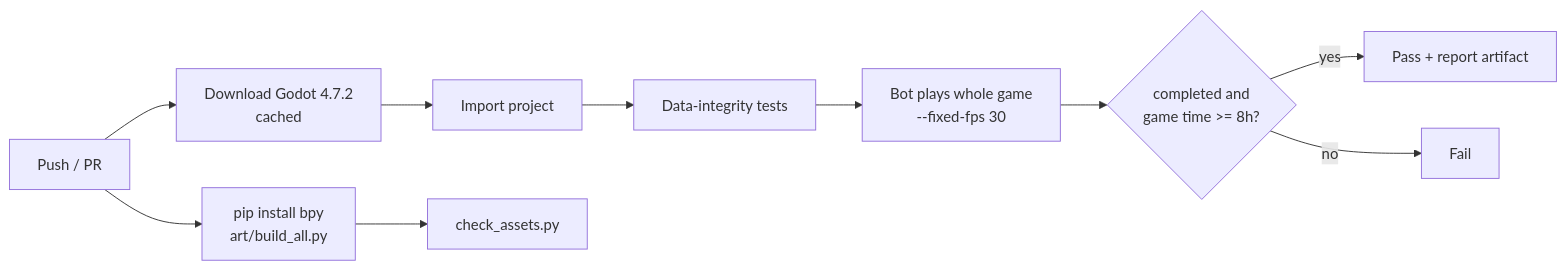
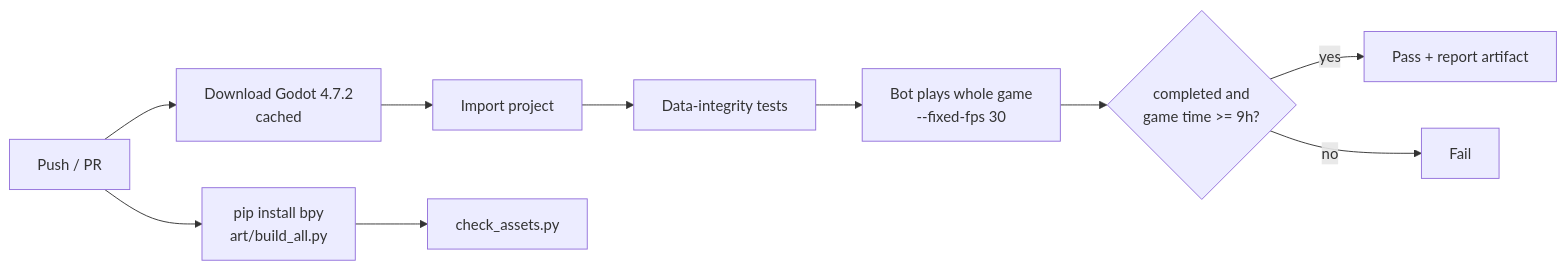
Before and after one commit to jgyy/timegox: diagram 15 of 15 in README.md, drawn with Mermaid. The commit also changed other lines of this file and 231 other files, not shown here.

````diff
--- a/README.md
+++ b/README.md
@@ -693,11 +841,11 @@
 ```mermaid
 flowchart LR
     PR[Push / PR] --> DL[Download Godot 4.7.2<br/>cached]
     DL --> IMP[Import project]
     IMP --> T[Data-integrity tests]
     T --> B[Bot plays whole game<br/>--fixed-fps 30]
-    B --> G{completed and<br/>game time >= 8h?}
+    B --> G{completed and<br/>game time >= 9h?}
     PR --> ART[pip install bpy<br/>art/build_all.py] --> CHK[check_assets.py]
     G -- yes --> OK[Pass + report artifact]
     G -- no --> FAIL[Fail]
 ```
````
